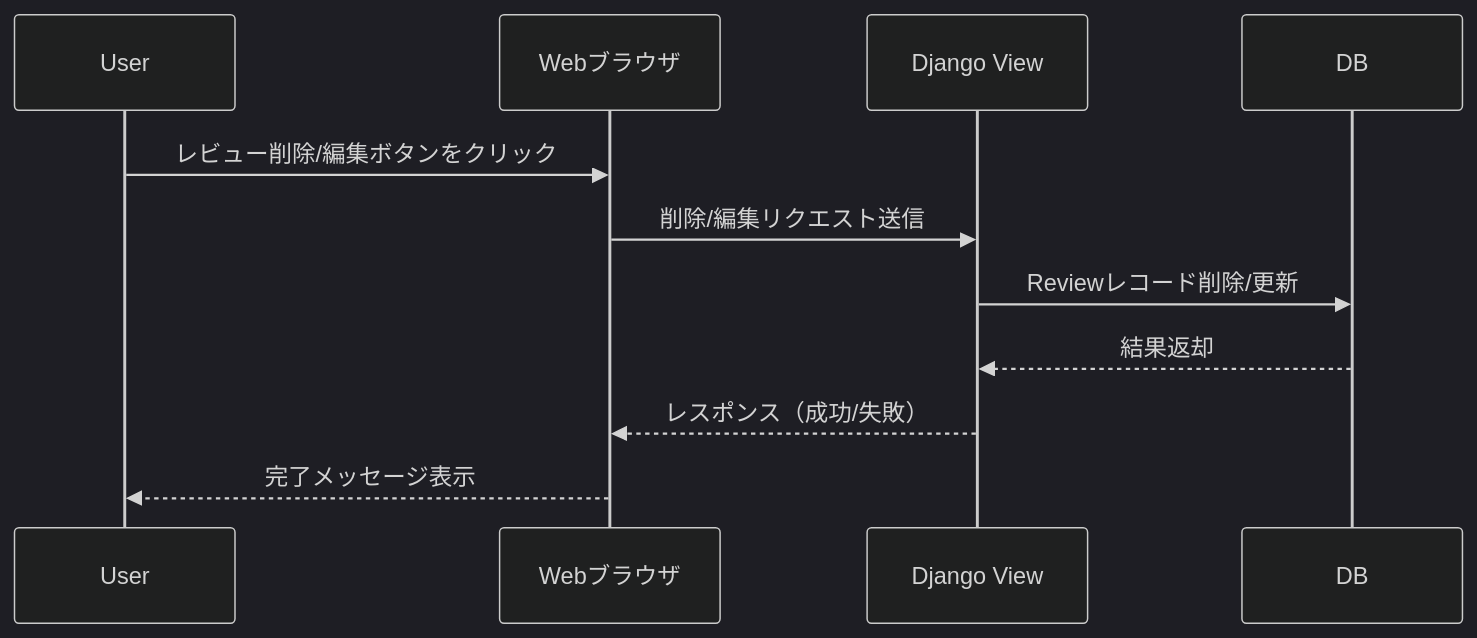
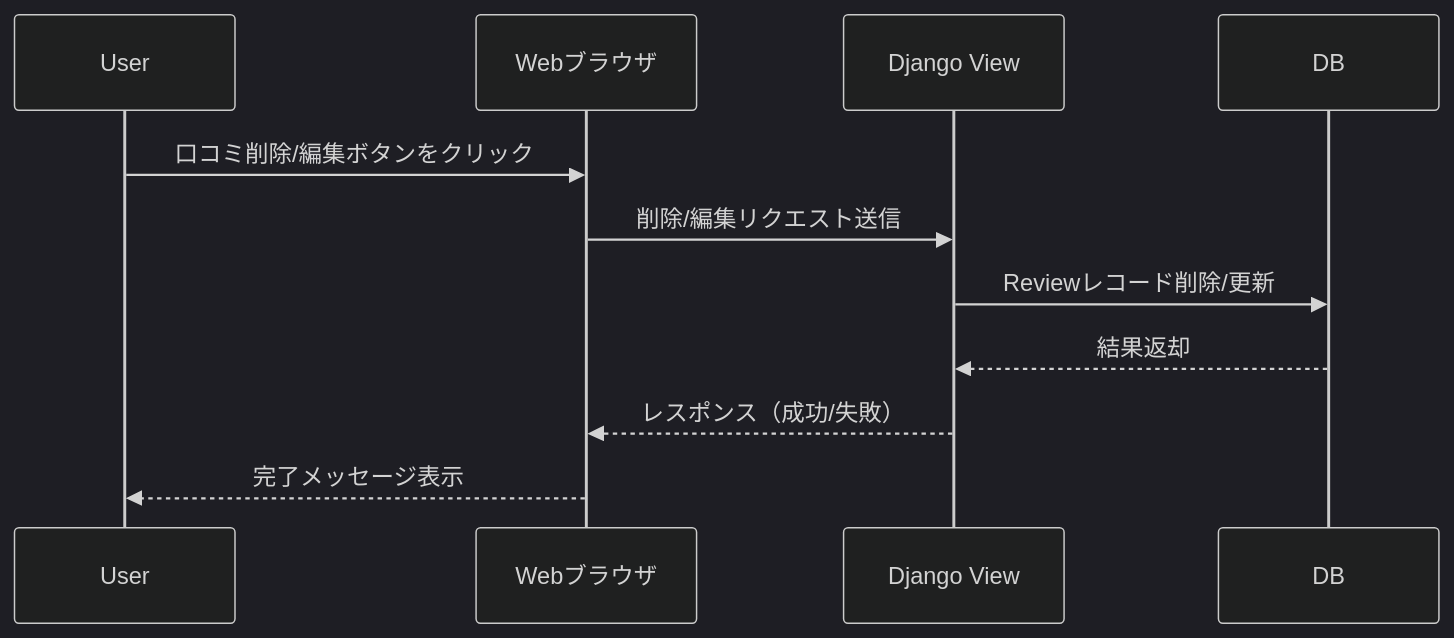
The seventh of 9 diagrams in docs/sequence.md (jam006097/kids-playground), drawn with Mermaid (dark theme) before and after one commit. The commit also changed other lines of this file and 4 other files, not shown here.

````diff
--- a/docs/sequence.md
+++ b/docs/sequence.md
@@ -119,14 +119,14 @@
 ```mermaid
 sequenceDiagram
     participant User
     participant Web as Webブラウザ
     participant View as Django View
     participant DB as DB
 
-    User->>Web: レビュー削除/編集ボタンをクリック
+    User->>Web: 口コミ削除/編集ボタンをクリック
     Web->>View: 削除/編集リクエスト送信
     View->>DB: Reviewレコード削除/更新
     DB-->>View: 結果返却
     View-->>Web: レスポンス（成功/失敗）
     Web-->>User: 完了メッセージ表示
 ```
````
